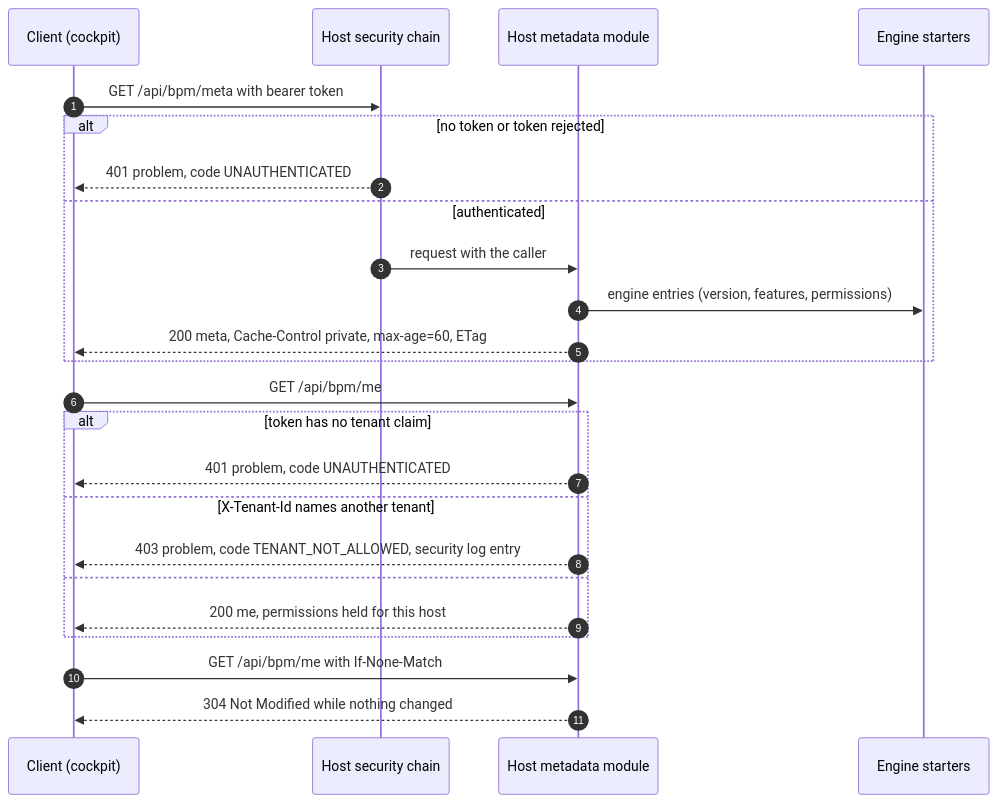
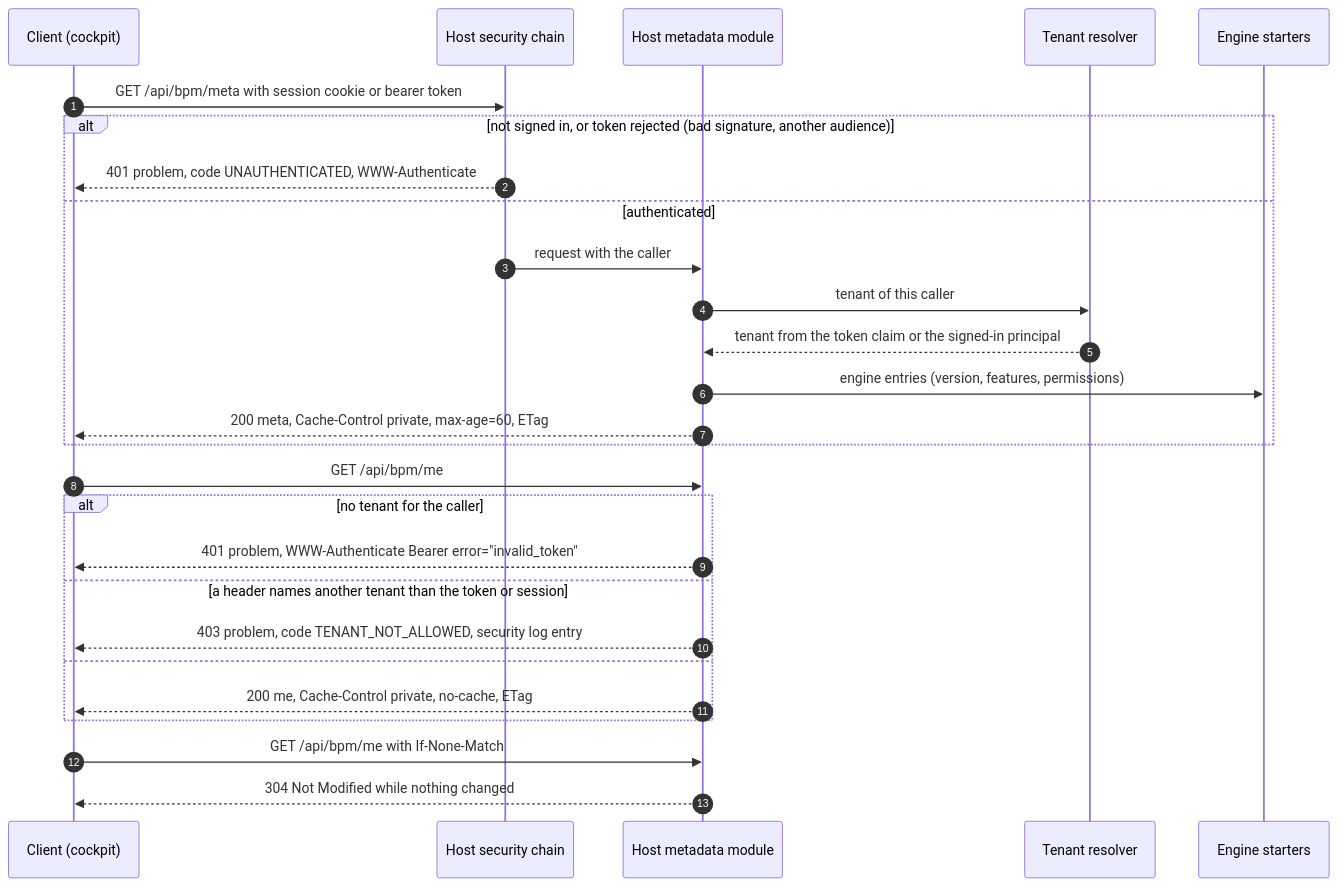
One commit to dhluong90/horus-Agentic-BPM changed the diagram in wiki/Host-Metadata-and-Permissions.md. Above: the diagram before and after it, drawn with Mermaid. The commit also changed other lines of this file and 13 other files, not shown here.

First line of the commit message:
fix(rule-engine): example host with session sign-in, bearer audience and demo users on dev only (#4)

````diff
--- a/wiki/Host-Metadata-and-Permissions.md
+++ b/wiki/Host-Metadata-and-Permissions.md
@@ -28,26 +28,29 @@
 ```mermaid
 sequenceDiagram
     autonumber
     participant C as Client (cockpit)
     participant S as Host security chain
     participant M as Host metadata module
+    participant R as Tenant resolver
     participant E as Engine starters
-    C->>S: GET /api/bpm/meta with bearer token
-    alt no token or token rejected
-        S-->>C: 401 problem, code UNAUTHENTICATED
+    C->>S: GET /api/bpm/meta with session cookie or bearer token
+    alt not signed in, or token rejected (bad signature, another audience)
+        S-->>C: 401 problem, code UNAUTHENTICATED, WWW-Authenticate
     else authenticated
         S->>M: request with the caller
+        M->>R: tenant of this caller
+        R-->>M: tenant from the token claim or the signed-in principal
         M->>E: engine entries (version, features, permissions)
         M-->>C: 200 meta, Cache-Control private, max-age=60, ETag
     end
     C->>M: GET /api/bpm/me
-    alt token has no tenant claim
-        M-->>C: 401 problem, code UNAUTHENTICATED
-    else X-Tenant-Id names another tenant
+    alt no tenant for the caller
+        M-->>C: 401 problem, WWW-Authenticate Bearer error="invalid_token"
+    else a header names another tenant than the token or session
         M-->>C: 403 problem, code TENANT_NOT_ALLOWED, security log entry
     else
-        M-->>C: 200 me, permissions held for this host
+        M-->>C: 200 me, Cache-Control private, no-cache, ETag
     end
     C->>M: GET /api/bpm/me with If-None-Match
     M-->>C: 304 Not Modified while nothing changed
 ```
````
